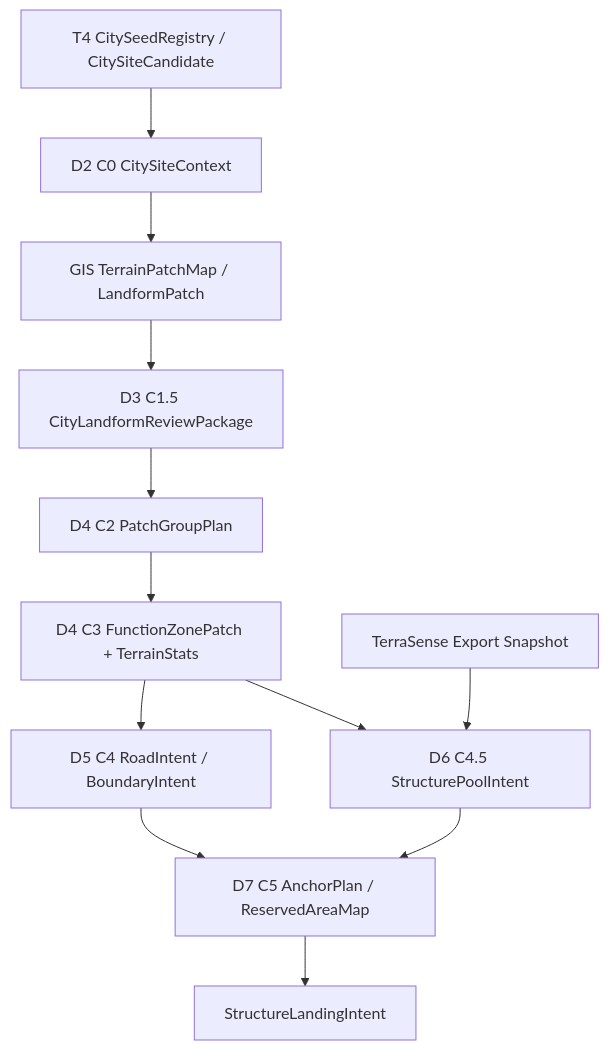
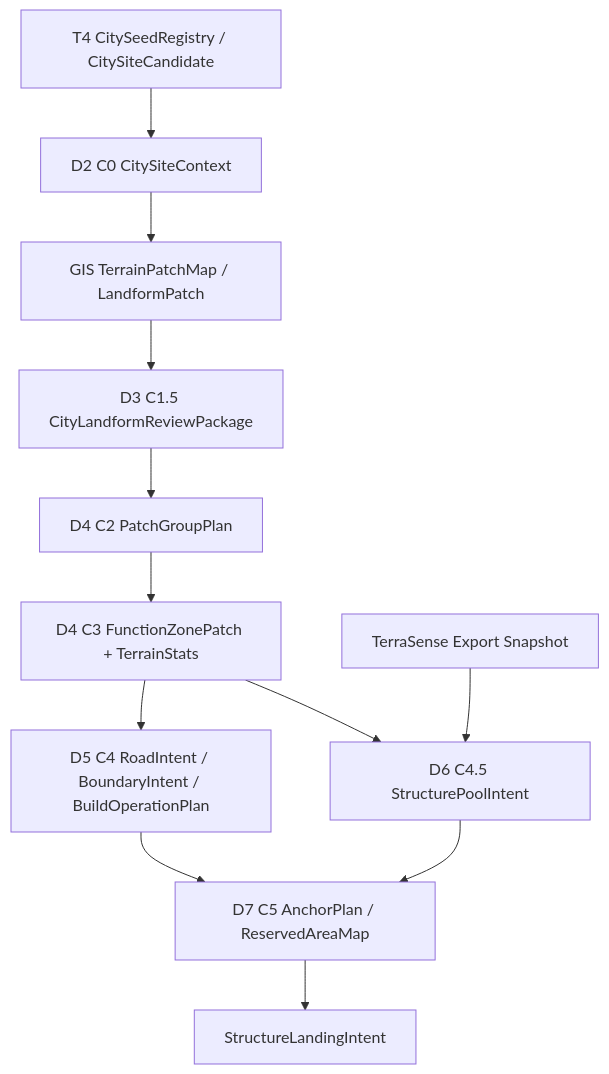
Before and after one commit to RinsingEL/designer_territoryMod: the diagram in docs/systems/city/10_product/开发计划-v0.1-City城市构造最小闭环.md, drawn with Mermaid. The commit also changed other lines of this file and 7 other files, not shown here.

````diff
--- a/docs/systems/city/10_product/开发计划-v0.1-City城市构造最小闭环.md
+++ b/docs/systems/city/10_product/开发计划-v0.1-City城市构造最小闭环.md
@@ -99,14 +101,14 @@
 ```mermaid
 flowchart TD
   T["T4 CitySeedRegistry / CitySiteCandidate"] --> C0["D2 C0 CitySiteContext"]
   GIS["GIS TerrainPatchMap / LandformPatch"] --> C15["D3 C1.5 CityLandformReviewPackage"]
   C0 --> GIS
   C15 --> C2["D4 C2 PatchGroupPlan"]
   C2 --> C3["D4 C3 FunctionZonePatch + TerrainStats"]
-  C3 --> C4["D5 C4 RoadIntent / BoundaryIntent"]
+  C3 --> C4["D5 C4 RoadIntent / BoundaryIntent / BuildOperationPlan"]
   TS["TerraSense Export Snapshot"] --> C45["D6 C4.5 StructurePoolIntent"]
   C3 --> C45
   C4 --> C5["D7 C5 AnchorPlan / ReservedAreaMap"]
   C45 --> C5
   C5 --> SLI["StructureLandingIntent"]
 ```
````
